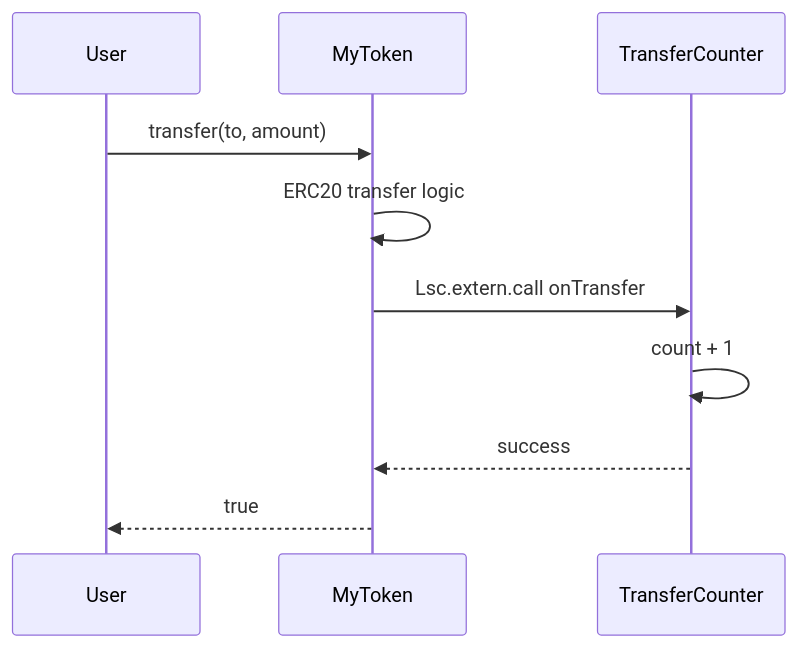
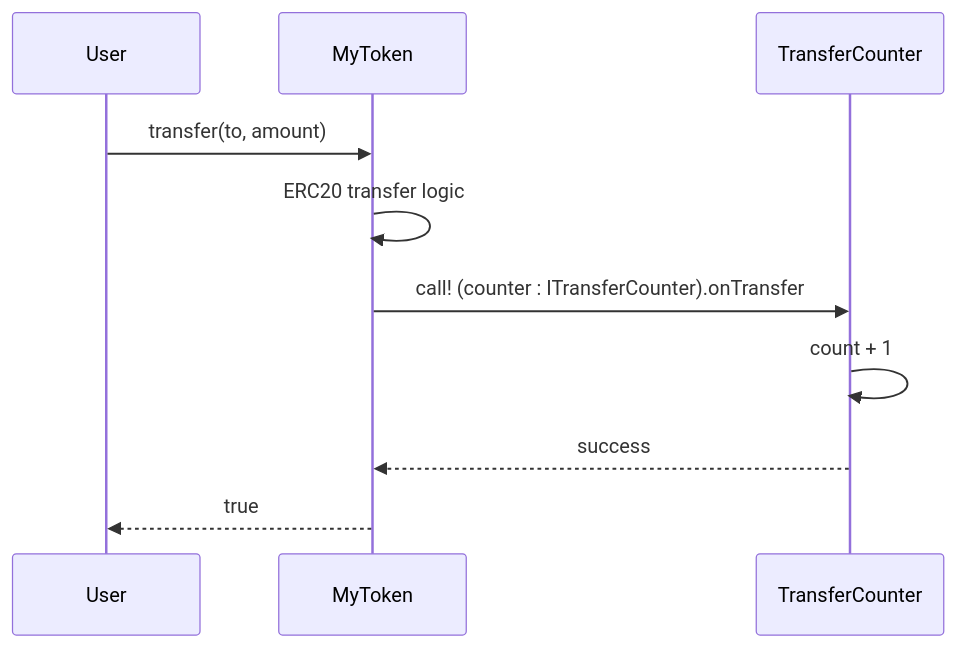
One commit to prevostc/lsc changed the diagram in lsc-appendices.md. Above: the diagram before and after it, drawn with Mermaid. The commit also changed other lines of this file and 7 other files, not shown here.

````diff
--- a/lsc-appendices.md
+++ b/lsc-appendices.md
@@ -129,12 +130,12 @@
 ```mermaid
 sequenceDiagram
   participant User
   participant MyToken
   participant TC as TransferCounter
   User->>MyToken: transfer(to, amount)
   MyToken->>MyToken: ERC20 transfer logic
-  MyToken->>TC: Lsc.extern.call onTransfer
+  MyToken->>TC: call! (counter : ITransferCounter).onTransfer
   TC->>TC: count + 1
   TC-->>MyToken: success
   MyToken-->>User: true
 ```
````
